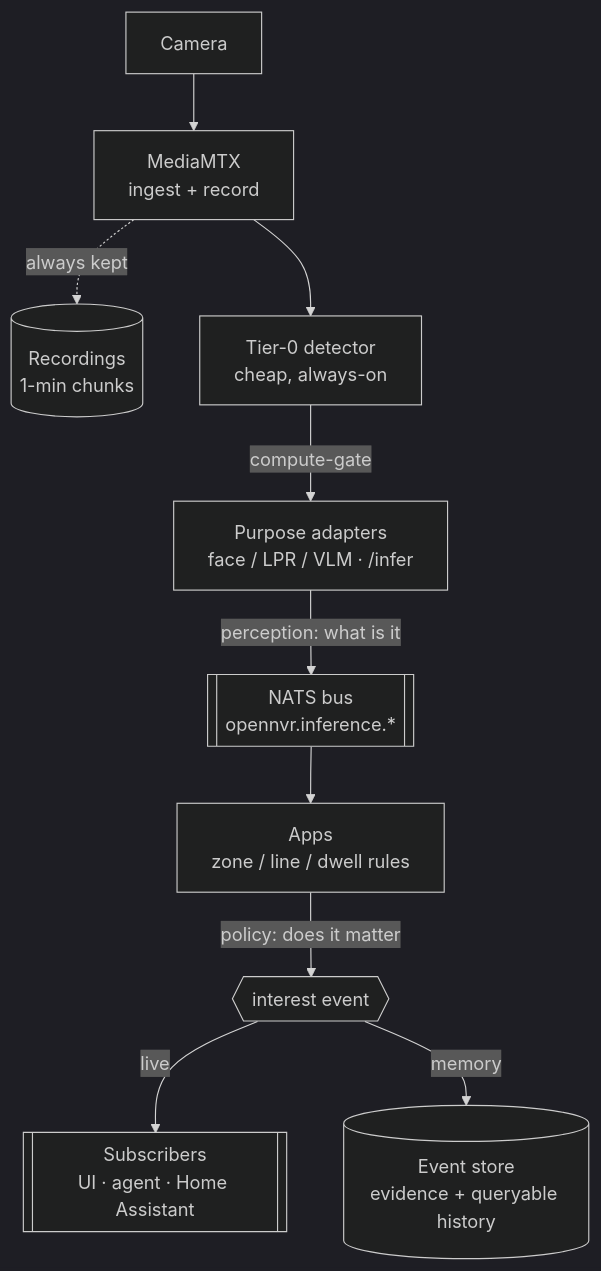
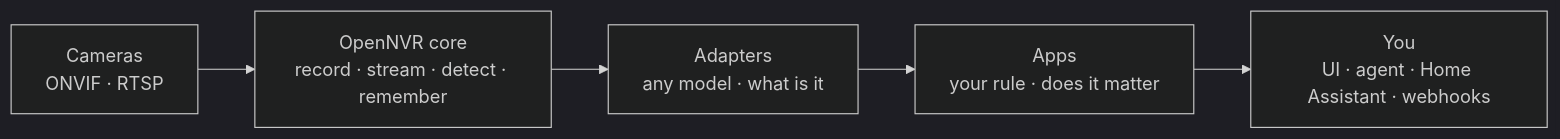
One commit to Emart29/open-nvr changed the diagram in README.md. Above: the diagram before and after it, drawn with Mermaid (dark theme). The commit also changed other lines of this file, not shown here.

````diff
--- a/README.md
+++ b/README.md
@@ -193,12 +80,7 @@
 ```mermaid
-flowchart TD
-    Cam[Camera] --> MTX[MediaMTX<br/>ingest + record]
-    MTX -.->|always kept| Rec[(Recordings<br/>1-min chunks)]
-    MTX --> T0[Tier-0 detector<br/>cheap, always-on]
-    T0 -->|compute-gate| ADP[Purpose adapters<br/>face / LPR / VLM · /infer]
-    ADP -->|perception: what is it| BUS[[NATS bus<br/>opennvr.inference.*]]
-    BUS --> APP[Apps<br/>zone / line / dwell rules]
-    APP -->|policy: does it matter| IE{{interest event}}
-    IE -->|live| SUBS[[Subscribers<br/>UI · agent · Home Assistant]]
-    IE -->|memory| STORE[(Event store<br/>evidence + queryable history)]
+flowchart LR
+    CAM[Cameras<br/>ONVIF · RTSP] --> CORE[OpenNVR core<br/>record · stream · detect · remember]
+    CORE --> ADP[Adapters<br/>any model · what is it]
+    ADP --> APP[Apps<br/>your rule · does it matter]
+    APP --> YOU[You<br/>UI · agent · Home Assistant · webhooks]
 ```
````
